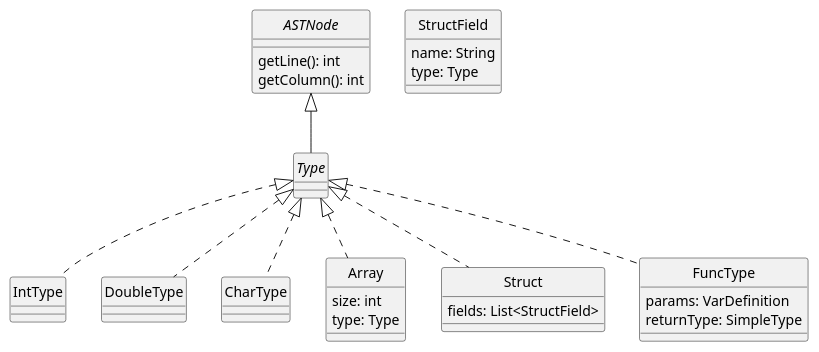
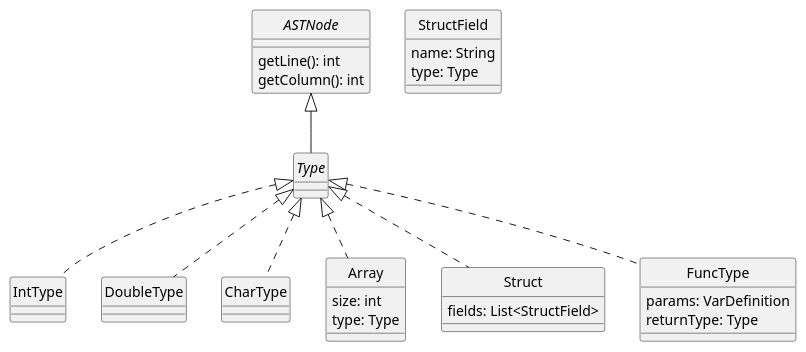
Before and after one commit to DavidGonzalezFernandez/dlp-compiler: the diagram in docs/diagrams/types.plantuml, drawn with PlantUML. The commit also changed 3 other files, not shown here.

Commit message:
Mejora de los diagramas UML

```diff
--- a/docs/diagrams/types.plantuml
+++ b/docs/diagrams/types.plantuml
@@ -1,46 +1,54 @@
 @startuml Types
 skinparam style strictuml
 skinparam monochrome true
 
 interface ASTNode {
     getLine(): int
     getColumn(): int
 }
 
 interface Type
 
 ASTNode <|-- Type
 
+'Los tipos simples son: int, double, char
 class IntType
 class DoubleType
 class CharType
+
+' Los tipos complejos son Arrays y Structs
 class Array
 class Struct
 
+/' Los arrays pueden ser creados usando [] para construir un tipo nuevo,
+debiendo especificar el tamaño del array, previo a su tipo, en su construcción '/
 class Array {
     size: int
     type: Type
 }
 
 class StructField {
     name: String
     type: Type
 }
 
+' Un registro se puede crear usando la palabra clave defstruct y definiendo una secuencia de variables
 class Struct {
+    ' TODO ¿por qué este tipo concreto?
     fields: List<StructField>
 }
 
 class FuncType {
     params: VarDefinition
-    returnType: SimpleType
+    returnType: Type    /'Sólo se devuelven tipos simples'/
+    'TODO ¿qué pasa si el tipo de retorno es VOID?
 }
 
 Type <|.. FuncType
 Type <|.. IntType
 Type <|.. DoubleType
 Type <|.. CharType
 Type <|.. Array
 Type <|.. Struct
 
 @enduml
```
